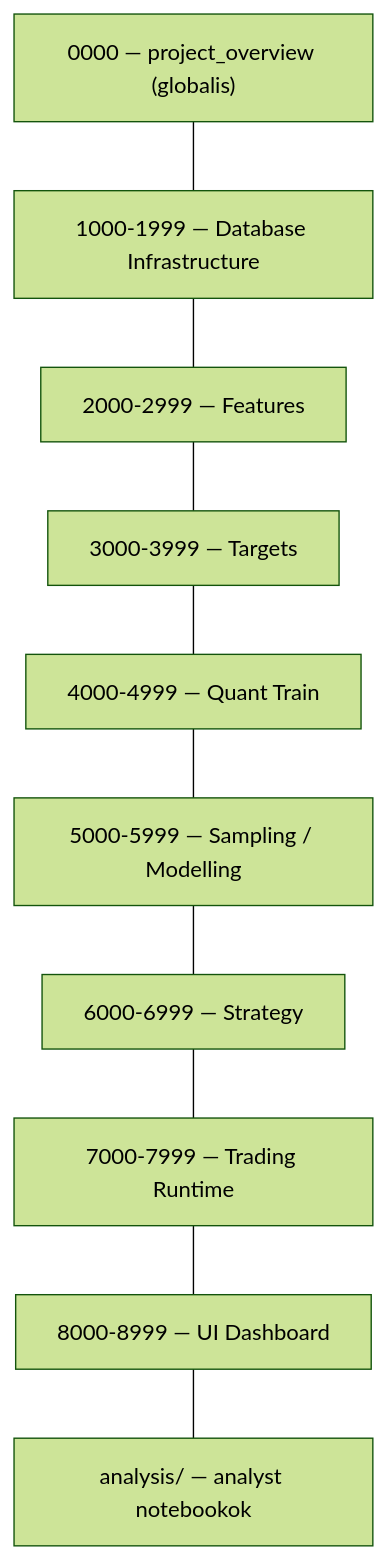
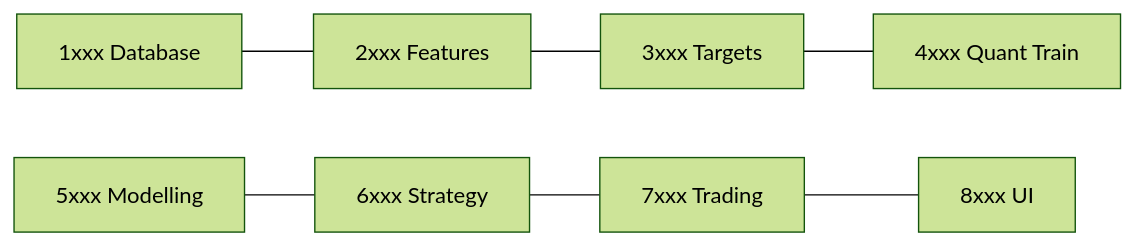
Before and after one commit to Nemesis14/chronoquant: diagram 18 of 24 in _doc_/0001_agentic_system.md, drawn with Mermaid (forest theme). The commit also changed other lines of this file and 1464 other files, not shown here.

Commit message:
new registry architecture

````diff
--- a/_doc_/0001_agentic_system.md
+++ b/_doc_/0001_agentic_system.md
@@ -464,15 +488,5 @@
 ```mermaid
-flowchart TD
-  G0["0000 — project_overview (globalis)"]
-  D1["1000-1999 — Database Infrastructure"]
-  D2["2000-2999 — Features"]
-  D3["3000-3999 — Targets"]
-  D4["4000-4999 — Quant Train"]
-  D5["5000-5999 — Sampling / Modelling"]
-  D6["6000-6999 — Strategy"]
-  D7["7000-7999 — Trading Runtime"]
-  D8["8000-8999 — UI Dashboard"]
-  ANA["analysis/ — analyst notebookok"]
-
-  G0 --- D1 --- D2 --- D3 --- D4 --- D5 --- D6 --- D7 --- D8 --- ANA
+flowchart LR
+  D1["1xxx Database"] --- D2["2xxx Features"] --- D3["3xxx Targets"] --- D4["4xxx Quant Train"]
+  D5["5xxx Modelling"] --- D6["6xxx Strategy"] --- D7["7xxx Trading"] --- D8["8xxx UI"]
 ```
````
